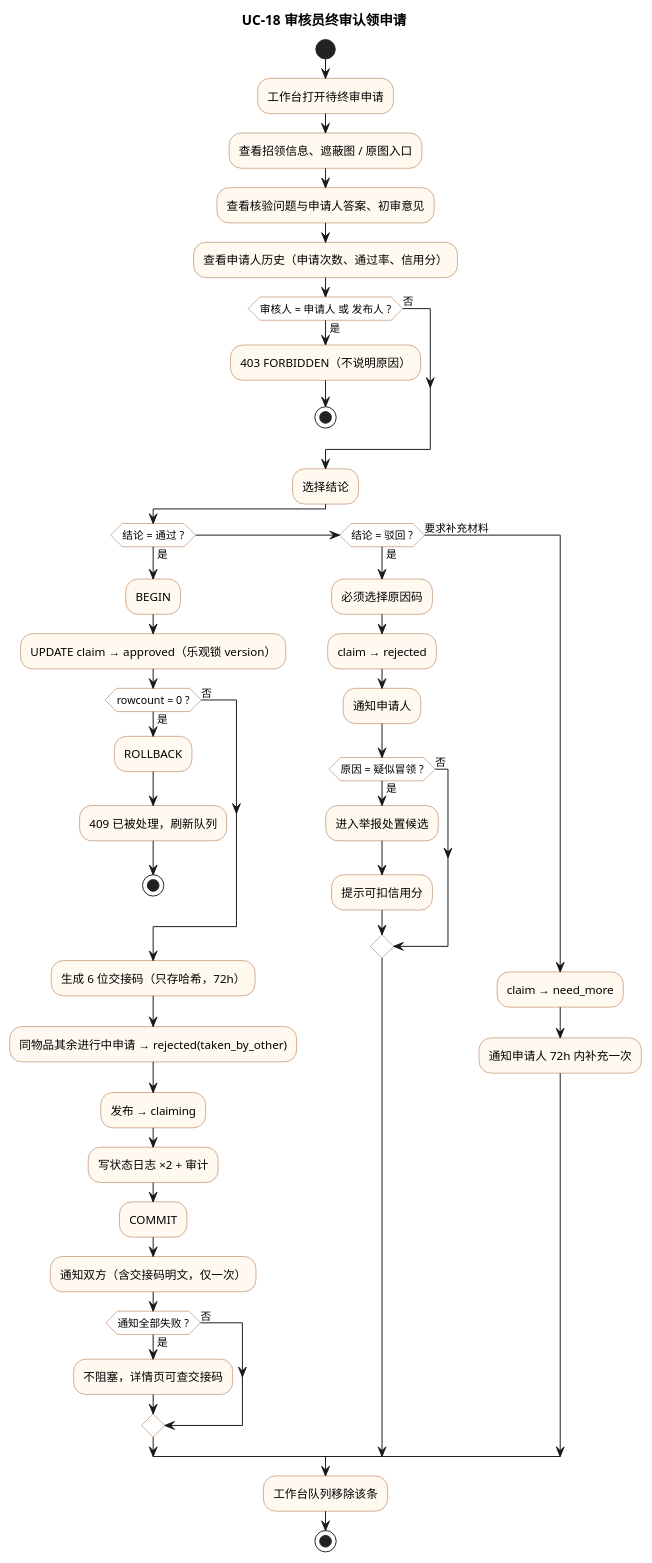
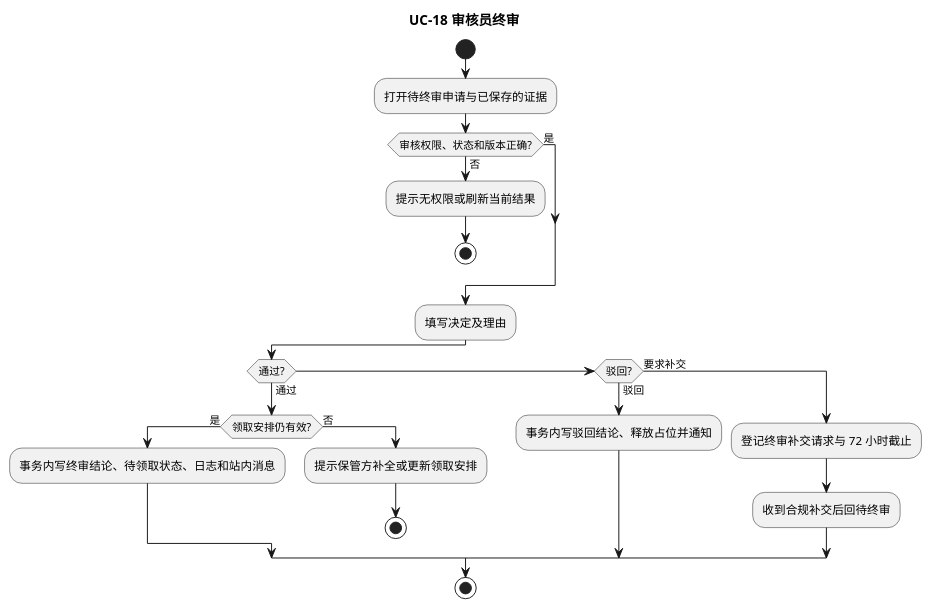
Before and after one commit to phao90016-jpg/Tongji-campus-lost-found: the diagram in models/sequence/act-uc18-final-review.puml, drawn with PlantUML. The commit also changed 50 other files, not shown here.

```diff
--- a/models/sequence/act-uc18-final-review.puml
+++ b/models/sequence/act-uc18-final-review.puml
@@ -1,71 +1,29 @@
 @startuml act-uc18-final-review
-' ============================================================
-' UC-18 审核员终审认领申请 · 活动图
-' 对应 SRS §4.3
-' ============================================================
-title UC-18 审核员终审认领申请
+title UC-18 审核员终审
 
-skinparam defaultFontName "Microsoft YaHei"
+skinparam defaultFontName "PingFang SC"
 skinparam shadowing false
-skinparam activity {
-  BackgroundColor #FFF9F0
-  BorderColor #A65E2E
-  DiamondBackgroundColor #FFFFFF
-}
-skinparam note {
-  BackgroundColor #FFF9E6
-  BorderColor #C9A227
-}
 
 start
-
-:工作台打开待终审申请;
-:查看招领信息、遮蔽图 / 原图入口;
-:查看核验问题与申请人答案、初审意见;
-:查看申请人历史（申请次数、通过率、信用分）;
-
-if (审核人 = 申请人 或 发布人 ?) then (是)
-  :403 FORBIDDEN（不说明原因）;
+:打开待终审申请与已保存的证据;
+if (审核权限、状态和版本正确?) then (是)
+else (否)
+  :提示无权限或刷新当前结果;
   stop
-else (否)
 endif
-
-:选择结论;
-
-if (结论 = 通过 ?) then (是)
-  :BEGIN;
-  :UPDATE claim → approved（乐观锁 version）;
-  if (rowcount = 0 ?) then (是)
-    :ROLLBACK;
-    :409 已被处理，刷新队列;
+:填写决定及理由;
+if (通过?) then (通过)
+  if (领取安排仍有效?) then (是)
+    :事务内写终审结论、待领取状态、日志和站内消息;
+  else (否)
+    :提示保管方补全或更新领取安排;
     stop
-  else (否)
   endif
-  :生成 6 位交接码（只存哈希，72h）;
-  :同物品其余进行中申请 → rejected(taken_by_other);
-  :发布 → claiming;
-  :写状态日志 ×2 + 审计;
-  :COMMIT;
-  :通知双方（含交接码明文，仅一次）;
-  if (通知全部失败 ?) then (是)
-    :不阻塞，详情页可查交接码;
-  else (否)
-  endif
-elseif (结论 = 驳回 ?) then (是)
-  :必须选择原因码;
-  :claim → rejected;
-  :通知申请人;
-  if (原因 = 疑似冒领 ?) then (是)
-    :进入举报处置候选;
-    :提示可扣信用分;
-  else (否)
-  endif
-else (要求补充材料)
-  :claim → need_more;
-  :通知申请人 72h 内补充一次;
+elseif (驳回?) then (驳回)
+  :事务内写驳回结论、释放占位并通知;
+else (要求补交)
+  :登记终审补交请求与 72 小时截止;
+  :收到合规补交后回待终审;
 endif
-
-:工作台队列移除该条;
 stop
-
 @enduml
```
